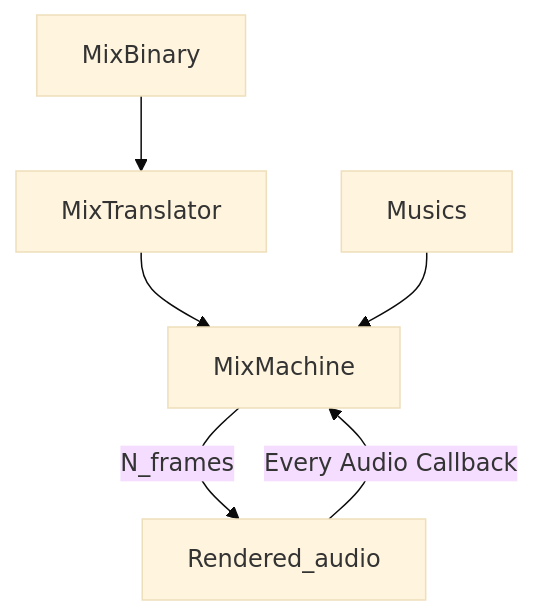
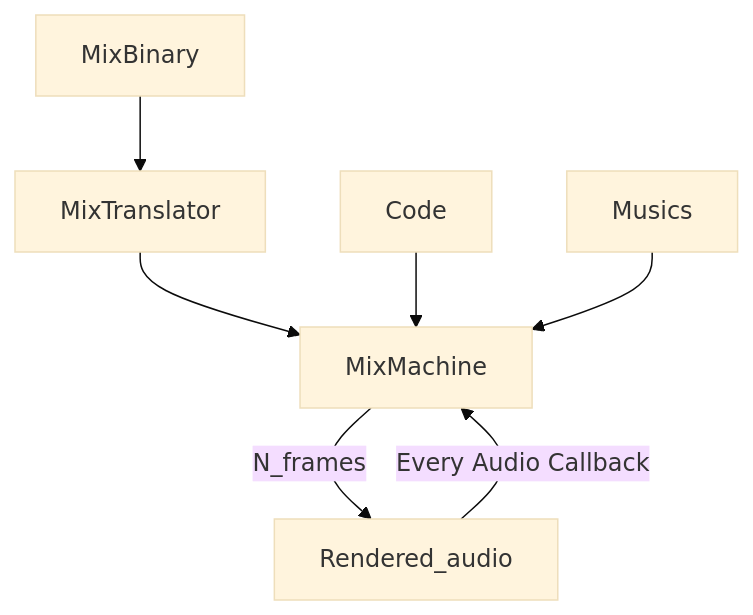
The diagram in BluePrint_PDJE/RealTime_Render.md (Rliop913/Project-DJ-Engine), drawn with Mermaid (base theme) before and after one commit. The commit also changed other lines of this file and 15 other files, not shown here.

````diff
--- a/BluePrint_PDJE/RealTime_Render.md
+++ b/BluePrint_PDJE/RealTime_Render.md
@@ -1,8 +1,9 @@
 ```mermaid
 flowchart TD
 MixBinary --> MixTranslator
 MixTranslator --> MixMachine
+Code --> MixMachine
 Musics --> MixMachine
 MixMachine -->|N_frames| Rendered_audio
 Rendered_audio -->|Every Audio Callback| MixMachine
 ```
````
